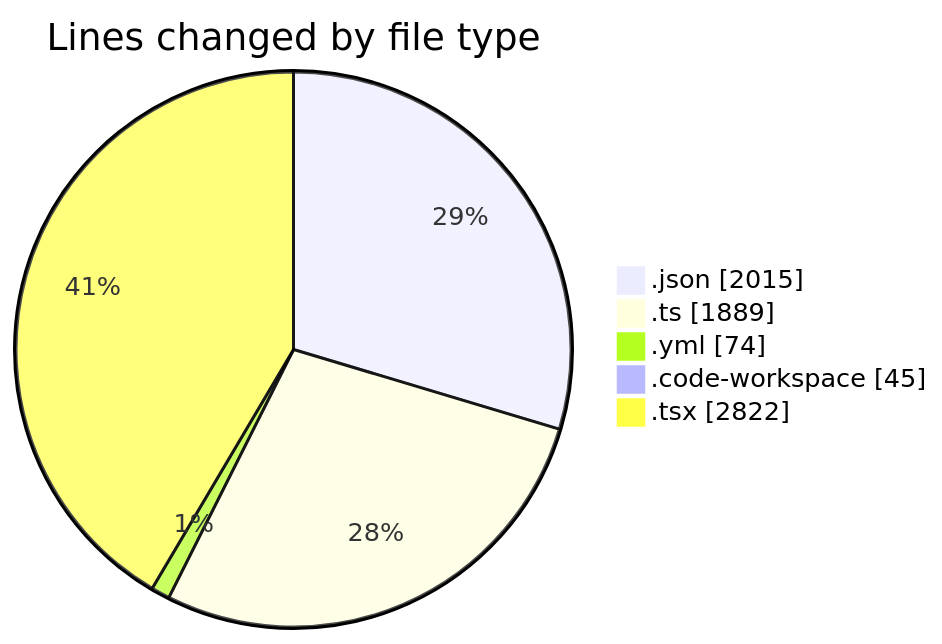
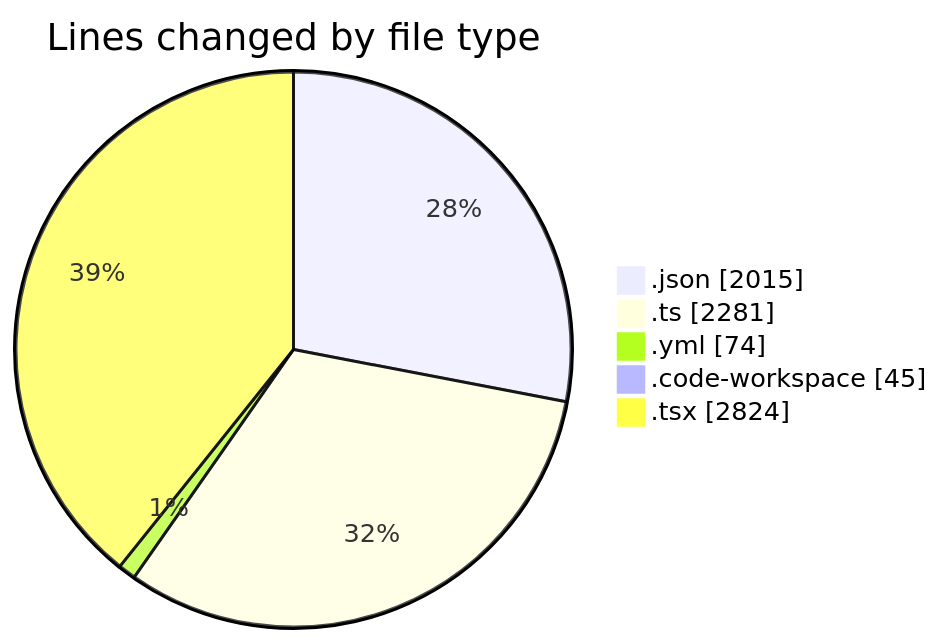
One commit to julien-gomy/code-tracking changed the first of 2 diagrams in 2025-11-25/eventscop-frontend-guide__workspace_/README.md. Above: the diagram before and after it, drawn with Mermaid. The commit also changed other lines of this file and 1 other file, not shown here.

````diff
--- a/2025-11-25/eventscop-frontend-guide__workspace_/README.md
+++ b/2025-11-25/eventscop-frontend-guide__workspace_/README.md
@@ -45,9 +46,9 @@
 ```mermaid
 pie showData
 title Lines changed by file type
 ".json" : 2015
-".ts" : 1889
+".ts" : 2281
 ".yml" : 74
 ".code-workspace" : 45
-".tsx" : 2822
+".tsx" : 2824
 ```
````
